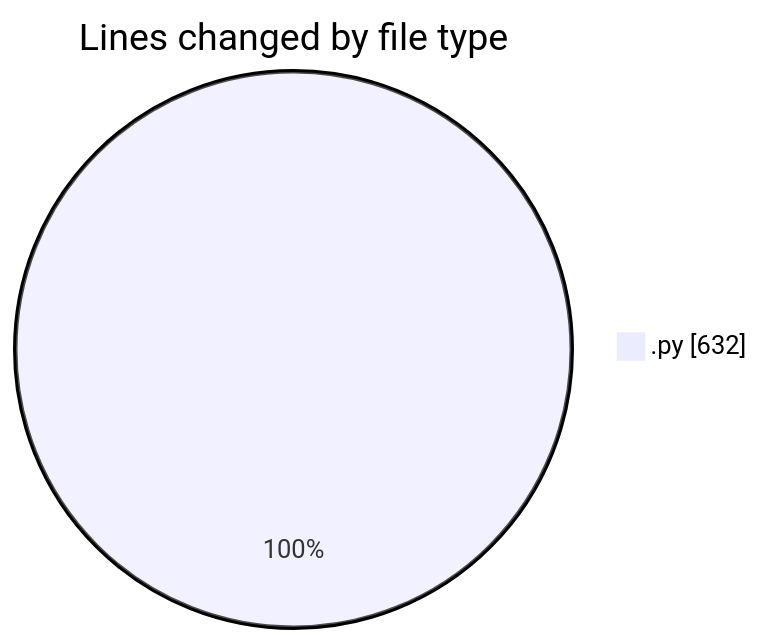
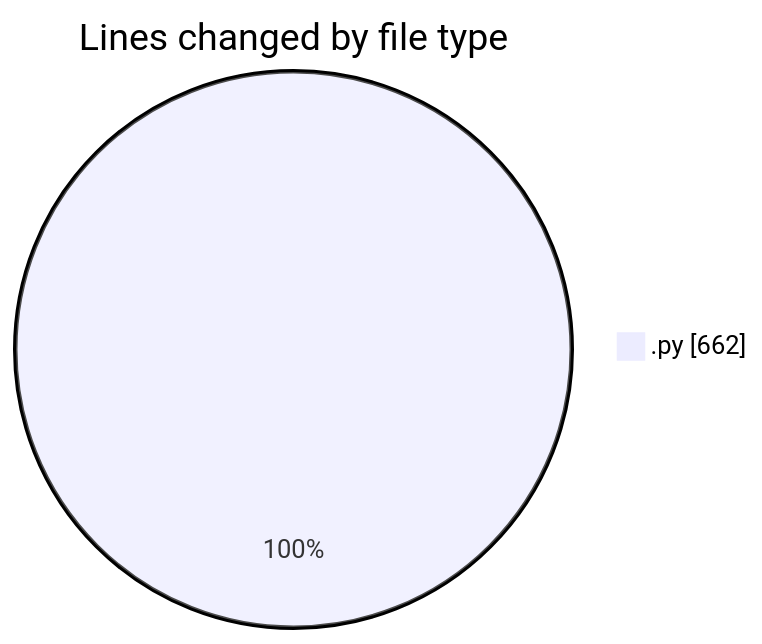
Before and after one commit to trdunsworth/code-tracking: the first of 2 diagrams in 2025-04-23/synth_911data_gen/README.md, drawn with Mermaid. The commit also changed other lines of this file and 1 other file, not shown here.

````diff
--- a/2025-04-23/synth_911data_gen/README.md
+++ b/2025-04-23/synth_911data_gen/README.md
@@ -20,5 +20,5 @@
 ```mermaid
 pie showData
 title Lines changed by file type
-".py" : 632
+".py" : 662
 ```
````
